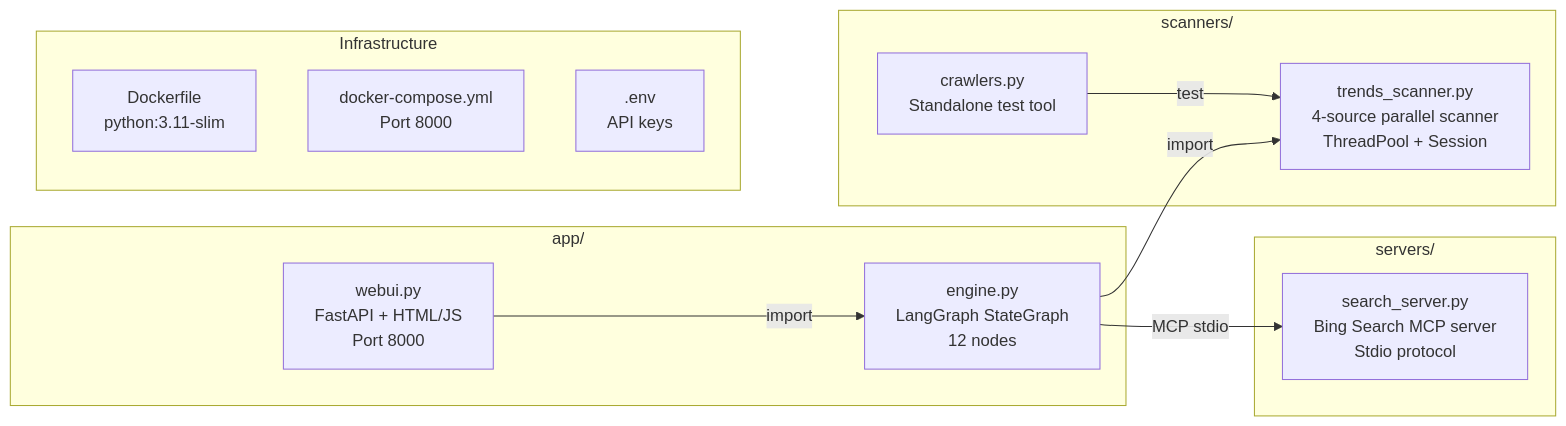
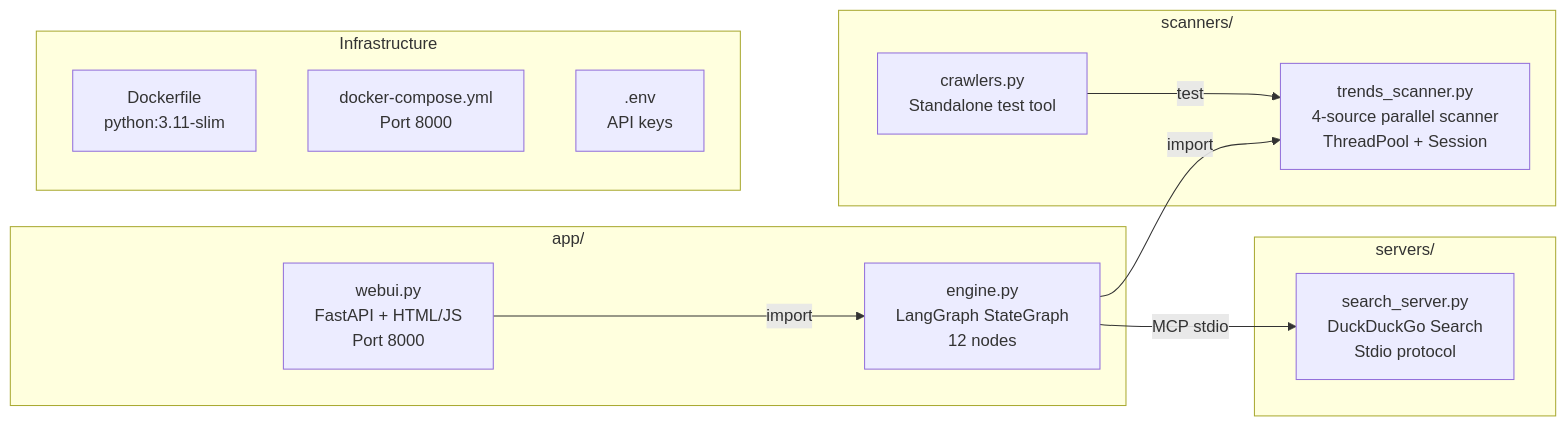
One commit to 3123907483wei-pixel/somshi changed the second of 4 diagrams in design.md. Above: the diagram before and after it, drawn with Mermaid. The commit also changed other lines of this file and 1 other file, not shown here.

````diff
--- a/design.md
+++ b/design.md
@@ -77,27 +77,27 @@
 ```mermaid
 graph LR
     subgraph App["app/"]
         engine[engine.py<br/>LangGraph StateGraph<br/>12 nodes]
         webui[webui.py<br/>FastAPI + HTML/JS<br/>Port 8000]
     end
 
     subgraph Scanners["scanners/"]
         trends[trends_scanner.py<br/>4-source parallel scanner<br/>ThreadPool + Session]
         crawlers[crawlers.py<br/>Standalone test tool]
     end
 
     subgraph MCPDir["servers/"]
-        search[search_server.py<br/>Bing Search MCP server<br/>Stdio protocol]
+        search[search_server.py<br/>DuckDuckGo Search<br/>Stdio protocol]
     end
 
     subgraph Infra["Infrastructure"]
         DF[Dockerfile<br/>python:3.11-slim]
         DC[docker-compose.yml<br/>Port 8000]
         ENV[.env<br/>API keys]
     end
 
     engine -->|import| trends
     engine -->|MCP stdio| search
     webui -->|import| engine
     crawlers -->|test| trends
 ```
````
